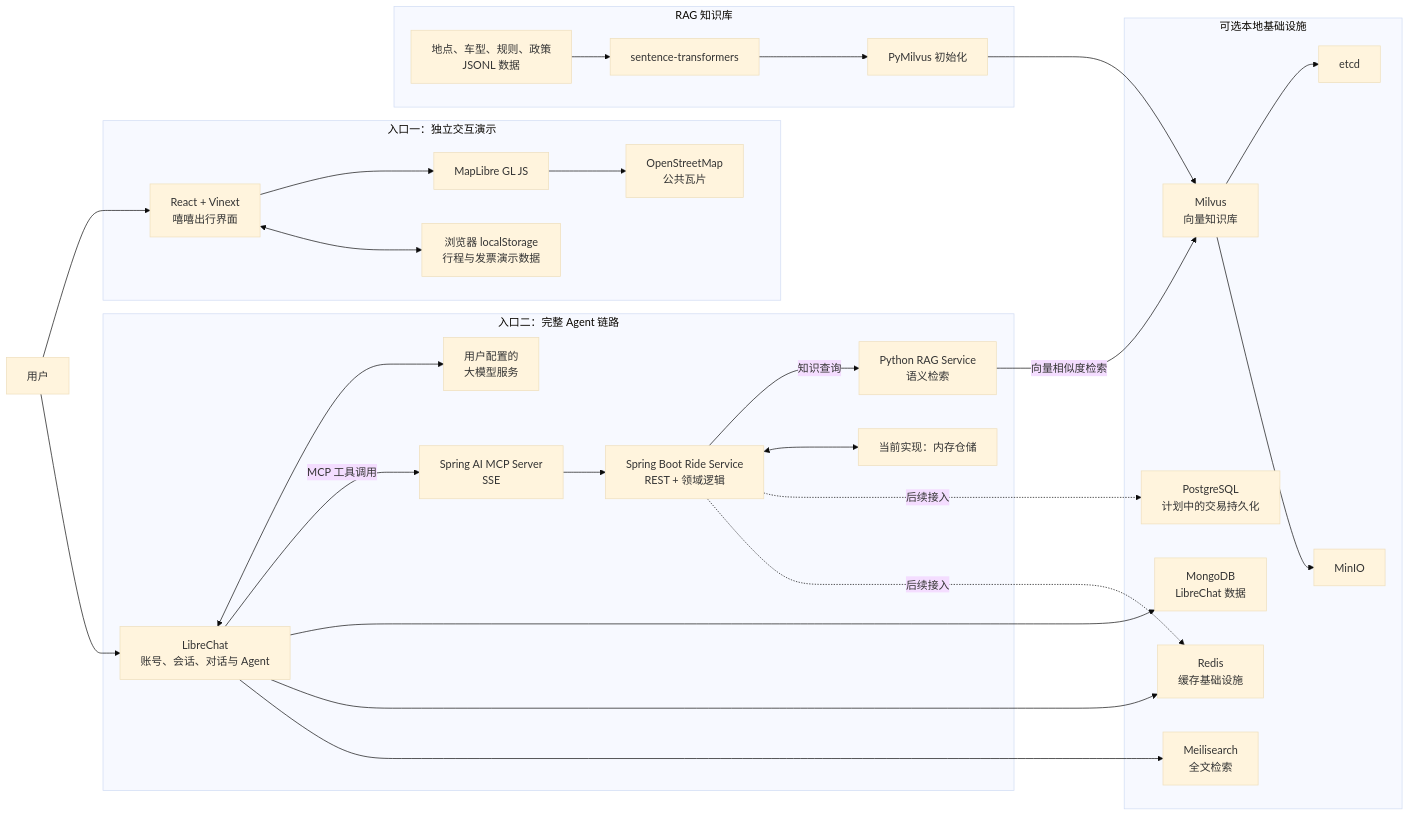
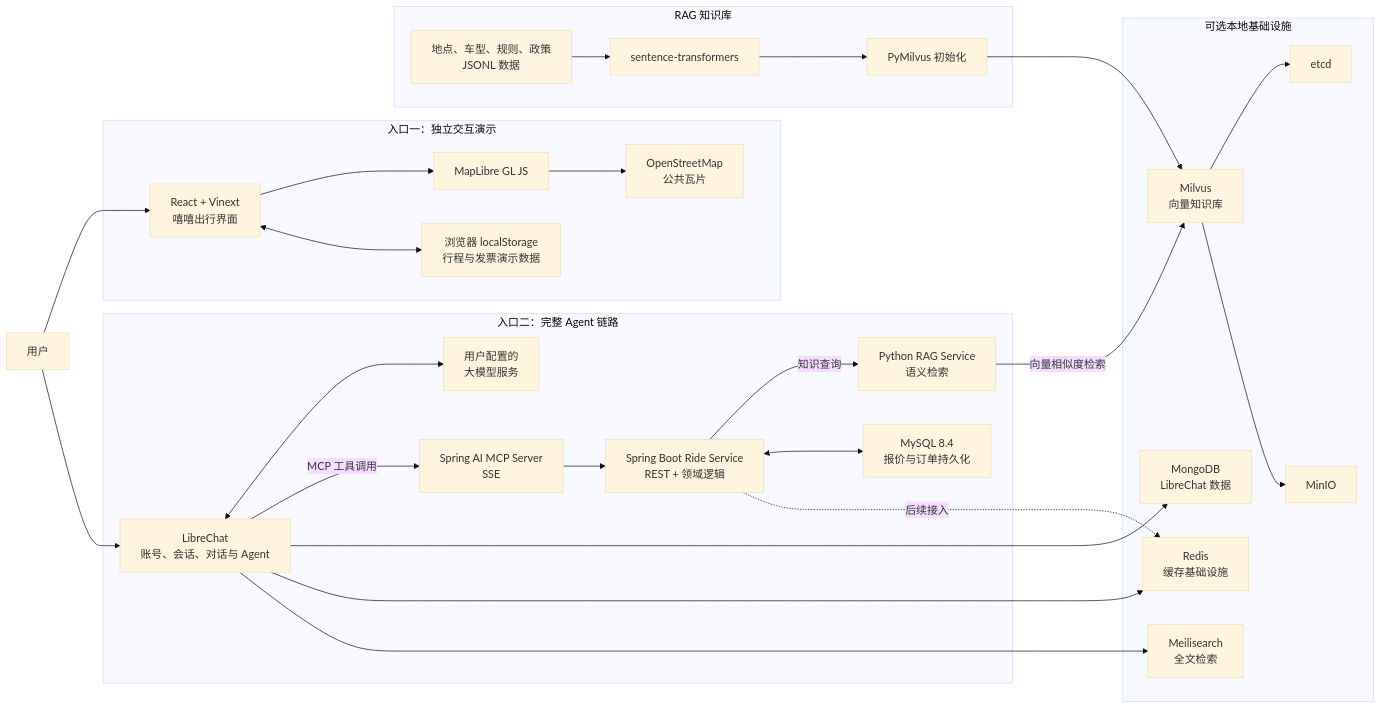
The first of 2 diagrams in README.md (YINPENG04/xixi-travel-agent), drawn with Mermaid (base theme) before and after one commit. The commit also changed other lines of this file and 18 other files, not shown here.

````diff
--- a/README.md
+++ b/README.md
@@ -58,56 +58,54 @@
 ```mermaid
 flowchart LR
     U["用户"]
 
     subgraph Demo["入口一：独立交互演示"]
         UI["React + Vinext<br/>嘻嘻出行界面"]
         MAP["MapLibre GL JS"]
         OSM["OpenStreetMap<br/>公共瓦片"]
         LS["浏览器 localStorage<br/>行程与发票演示数据"]
         UI --> MAP --> OSM
         UI <--> LS
     end
 
     subgraph Agent["入口二：完整 Agent 链路"]
         LC["LibreChat<br/>账号、会话、对话与 Agent"]
         LLM["用户配置的<br/>大模型服务"]
         MCP["Spring AI MCP Server<br/>SSE"]
         RS["Spring Boot Ride Service<br/>REST + 领域逻辑"]
         RAG["Python RAG Service<br/>语义检索"]
-        MEM["当前实现：内存仓储"]
+        MYSQL["MySQL 8.4<br/>报价与订单持久化"]
 
         LC <--> LLM
         LC -->|"MCP 工具调用"| MCP
         MCP --> RS
         RS -->|"知识查询"| RAG
-        RS <--> MEM
+        RS <--> MYSQL
     end
 
     subgraph Infra["可选本地基础设施"]
         MONGO["MongoDB<br/>LibreChat 数据"]
         REDIS["Redis<br/>缓存基础设施"]
         MEILI["Meilisearch<br/>全文检索"]
-        PG["PostgreSQL<br/>计划中的交易持久化"]
         MILVUS["Milvus<br/>向量知识库"]
         ETCD["etcd"]
         MINIO["MinIO"]
         MILVUS --> ETCD
         MILVUS --> MINIO
     end
 
     subgraph Knowledge["RAG 知识库"]
         JSONL["地点、车型、规则、政策<br/>JSONL 数据"]
         EMB["sentence-transformers"]
         SEED["PyMilvus 初始化"]
         JSONL --> EMB --> SEED --> MILVUS
         RAG -->|"向量相似度检索"| MILVUS
     end
 
     U --> UI
     U --> LC
     LC --> MONGO
     LC --> REDIS
     LC --> MEILI
-    RS -. 后续接入 .-> PG
     RS -. 后续接入 .-> REDIS
 ```
````
